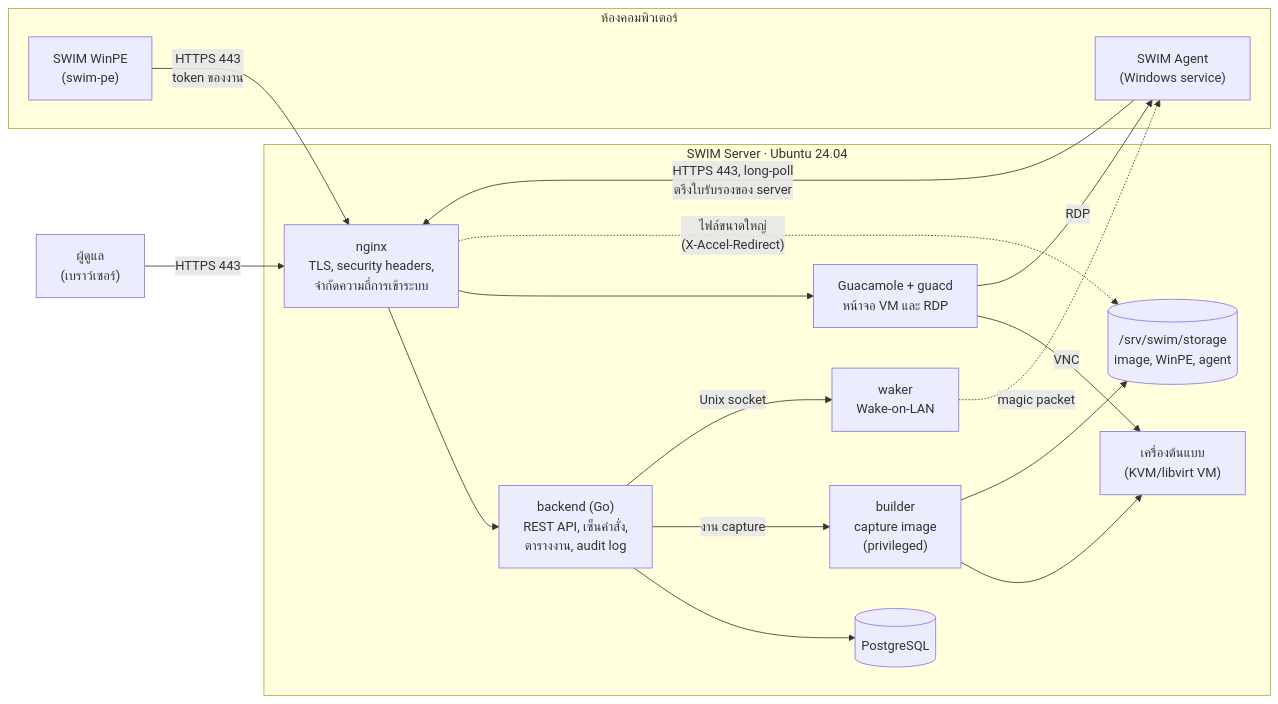
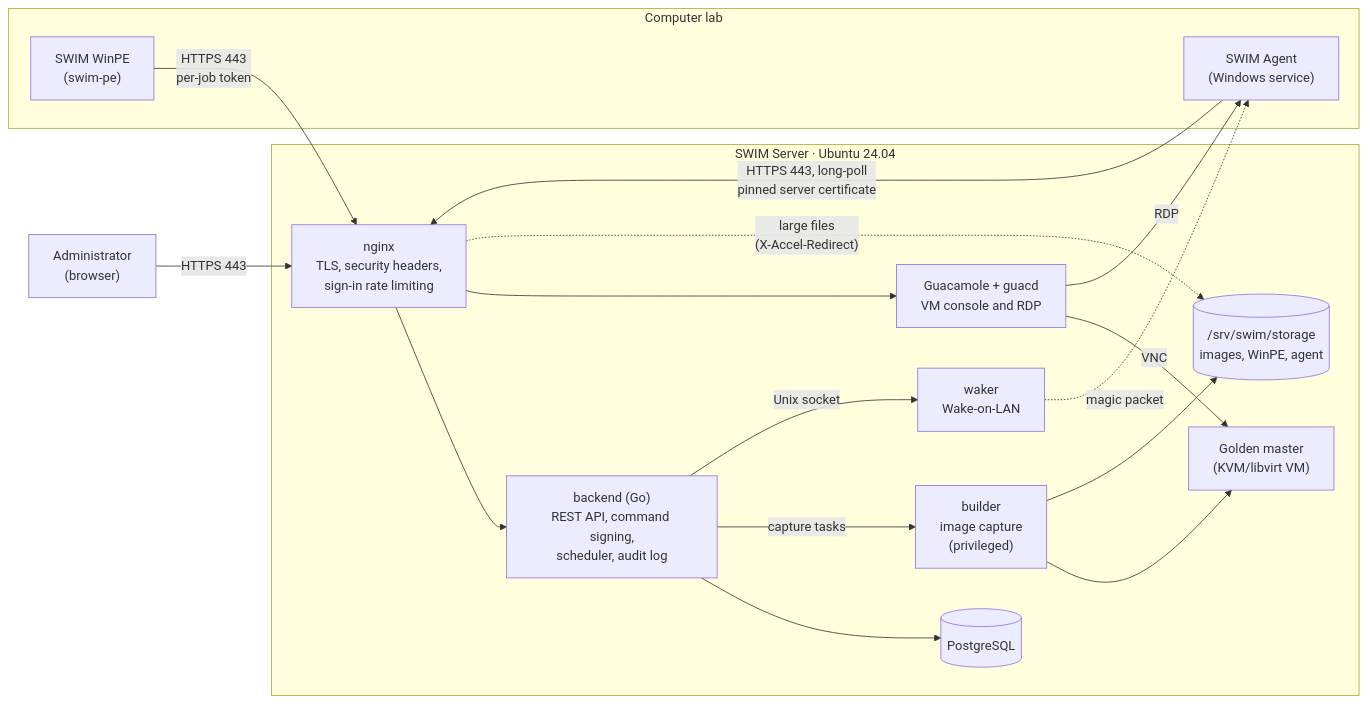
Before and after one commit to bluebox-dev/Swim: the first of 5 diagrams in README.md, drawn with Mermaid. The commit also changed other lines of this file and 28 other files, not shown here.

````diff
--- a/README.md
+++ b/README.md
@@ -75,35 +85,35 @@
 ```mermaid
 flowchart LR
-    admin["ผู้ดูแล<br/>(เบราว์เซอร์)"]
+    admin["Administrator<br/>(browser)"]
 
     subgraph server["SWIM Server · Ubuntu 24.04"]
-        nginx["nginx<br/>TLS, security headers,<br/>จำกัดความถี่การเข้าระบบ"]
-        backend["backend (Go)<br/>REST API, เซ็นคำสั่ง,<br/>ตารางงาน, audit log"]
+        nginx["nginx<br/>TLS, security headers,<br/>sign-in rate limiting"]
+        backend["backend (Go)<br/>REST API, command signing,<br/>scheduler, audit log"]
         pg[("PostgreSQL")]
-        builder["builder<br/>capture image<br/>(privileged)"]
-        guac["Guacamole + guacd<br/>หน้าจอ VM และ RDP"]
+        builder["builder<br/>image capture<br/>(privileged)"]
+        guac["Guacamole + guacd<br/>VM console and RDP"]
         waker["waker<br/>Wake-on-LAN"]
-        storage[("/srv/swim/storage<br/>image, WinPE, agent")]
-        gm["เครื่องต้นแบบ<br/>(KVM/libvirt VM)"]
+        storage[("/srv/swim/storage<br/>images, WinPE, agent")]
+        gm["Golden master<br/>(KVM/libvirt VM)"]
     end
 
-    subgraph lab["ห้องคอมพิวเตอร์"]
+    subgraph lab["Computer lab"]
         agent["SWIM Agent<br/>(Windows service)"]
         pe["SWIM WinPE<br/>(swim-pe)"]
     end
 
     admin -- "HTTPS 443" --> nginx
     nginx --> backend
     nginx --> guac
-    nginx -. "ไฟล์ขนาดใหญ่<br/>(X-Accel-Redirect)" .-> storage
+    nginx -. "large files<br/>(X-Accel-Redirect)" .-> storage
     backend --> pg
-    backend -- "งาน capture" --> builder
+    backend -- "capture tasks" --> builder
     backend -- "Unix socket" --> waker
     builder --> gm
     builder --> storage
     guac -- "VNC" --> gm
     guac -- "RDP" --> agent
-    agent -- "HTTPS 443, long-poll<br/>ตรึงใบรับรองของ server" --> nginx
-    pe -- "HTTPS 443<br/>token ของงาน" --> nginx
+    agent -- "HTTPS 443, long-poll<br/>pinned server certificate" --> nginx
+    pe -- "HTTPS 443<br/>per-job token" --> nginx
     waker -. "magic packet" .-> agent
 ```
````
